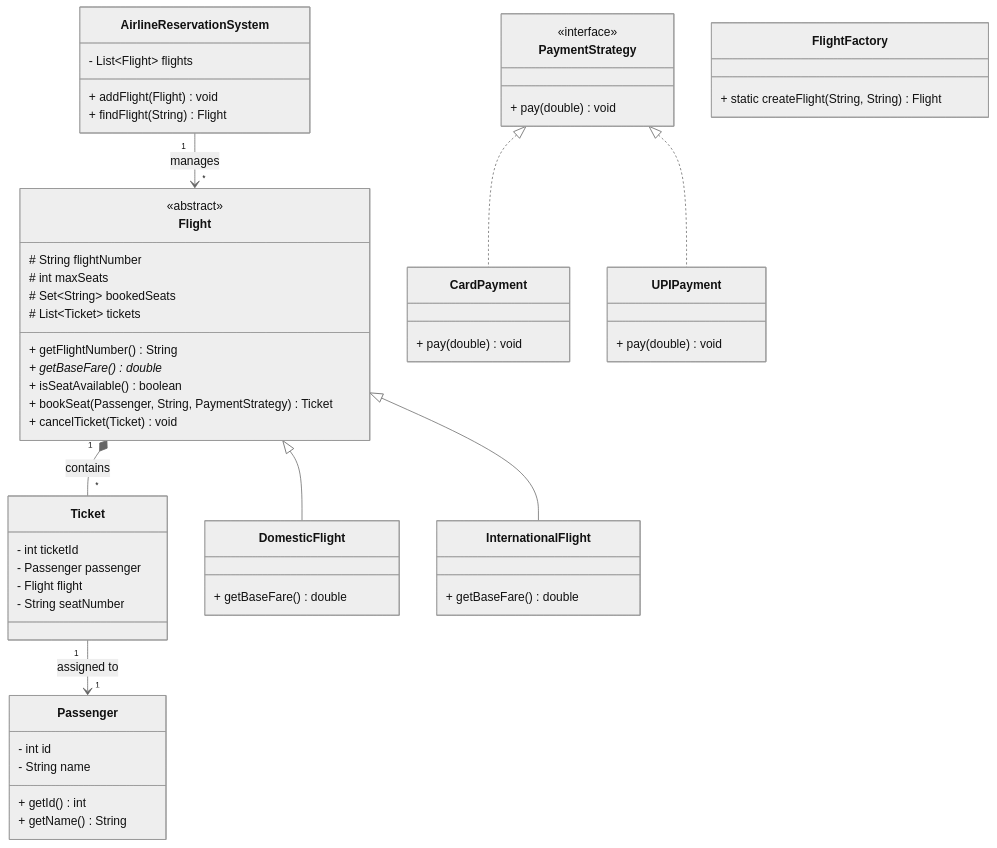
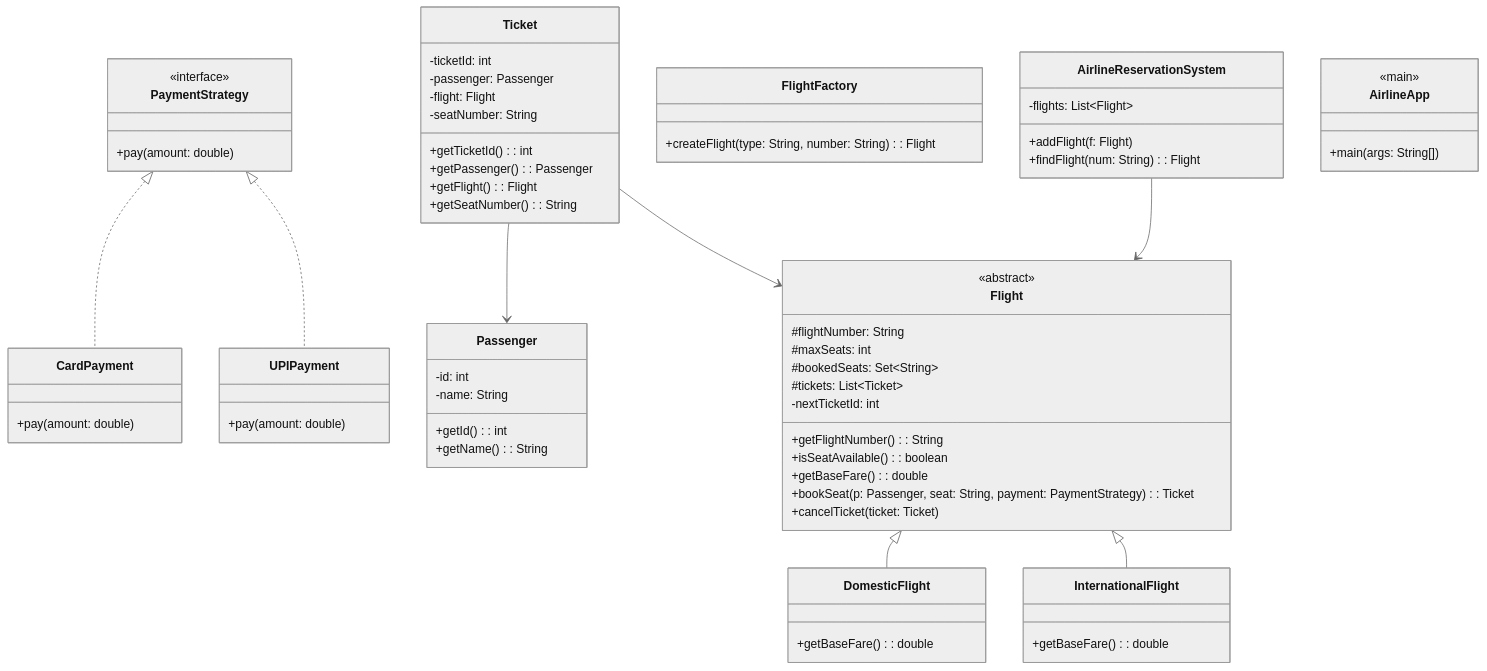
Before and after one commit to srimani-ravikumar/interview-prep: the diagram in OOP/2_Problems_Solving_Using_OOP/Hard/Airline_Reservation_System/AirlineReservationSystem.md, drawn with Mermaid (neutral theme). The commit also changed 1 other file, not shown here.

Commit message:
updated mermaid class diagram

````diff
--- a/OOP/2_Problems_Solving_Using_OOP/Hard/Airline_Reservation_System/AirlineReservationSystem.md
+++ b/OOP/2_Problems_Solving_Using_OOP/Hard/Airline_Reservation_System/AirlineReservationSystem.md
@@ -1,73 +1,90 @@
 ```mermaid
 
 classDiagram
-
-    class AirlineReservationSystem {
-        - List~Flight~ flights
-        + addFlight(Flight) void
-        + findFlight(String) Flight
+    %% ===================== Interfaces =====================
+    class PaymentStrategy {
+        <<interface>>
+        +pay(amount: double)
     }
 
-    class Passenger {
-        - int id
-        - String name
-        + getId() int
-        + getName() String
+    class CardPayment {
+        +pay(amount: double)
     }
 
-    class Ticket {
-        - int ticketId
-        - Passenger passenger
-        - Flight flight
-        - String seatNumber
+    class UPIPayment {
+        +pay(amount: double)
     }
 
+    PaymentStrategy <|.. CardPayment
+    PaymentStrategy <|.. UPIPayment
+
+    %% ===================== Passenger =====================
+    class Passenger {
+        -id: int
+        -name: String
+        +getId(): int
+        +getName(): String
+    }
+
+    %% ===================== Ticket =====================
+    class Ticket {
+        -ticketId: int
+        -passenger: Passenger
+        -flight: Flight
+        -seatNumber: String
+        +getTicketId(): int
+        +getPassenger(): Passenger
+        +getFlight(): Flight
+        +getSeatNumber(): String
+    }
+
+    Ticket --> Passenger
+    Ticket --> Flight
+
+    %% ===================== Abstract Flight =====================
     class Flight {
         <<abstract>>
-        # String flightNumber
-        # int maxSeats
-        # Set~String~ bookedSeats
-        # List~Ticket~ tickets
-        + getFlightNumber() String
-        + getBaseFare() double*
-        + isSeatAvailable() boolean
-        + bookSeat(Passenger, String, PaymentStrategy) Ticket
-        + cancelTicket(Ticket) void
+        #flightNumber: String
+        #maxSeats: int
+        #bookedSeats: Set~String~
+        #tickets: List~Ticket~
+        -nextTicketId: int
+        +getFlightNumber(): String
+        +isSeatAvailable(): boolean
+        +getBaseFare(): double
+        +bookSeat(p: Passenger, seat: String, payment: PaymentStrategy): Ticket
+        +cancelTicket(ticket: Ticket)
     }
 
     class DomesticFlight {
-        + getBaseFare() double
+        +getBaseFare(): double
     }
 
     class InternationalFlight {
-        + getBaseFare() double
+        +getBaseFare(): double
     }
-
-    class PaymentStrategy {
-        <<interface>>
-        + pay(double) void
-    }
-
-    class CardPayment {
-        + pay(double) void
-    }
-
-    class UPIPayment {
-        + pay(double) void
-    }
-
-    class FlightFactory {
-        + static createFlight(String, String) Flight
-    }
-
-    Flight "1" *-- "*" Ticket : contains
-    Ticket "1" --> "1" Passenger : assigned to
-    AirlineReservationSystem "1" --> "*" Flight : manages
 
     Flight <|-- DomesticFlight
     Flight <|-- InternationalFlight
 
-    PaymentStrategy <|.. CardPayment
-    PaymentStrategy <|.. UPIPayment
+    %% ===================== Flight Factory =====================
+    class FlightFactory {
+        +createFlight(type: String, number: String): Flight
+    }
+
+    %% ===================== Airline Reservation System =====================
+    class AirlineReservationSystem {
+        -flights: List~Flight~
+        +addFlight(f: Flight)
+        +findFlight(num: String): Flight
+    }
+
+    AirlineReservationSystem --> Flight
+
+    %% ===================== Main App =====================
+    class AirlineApp {
+        <<main>>
+        +main(args: String[])
+    }
 
 ```
````
